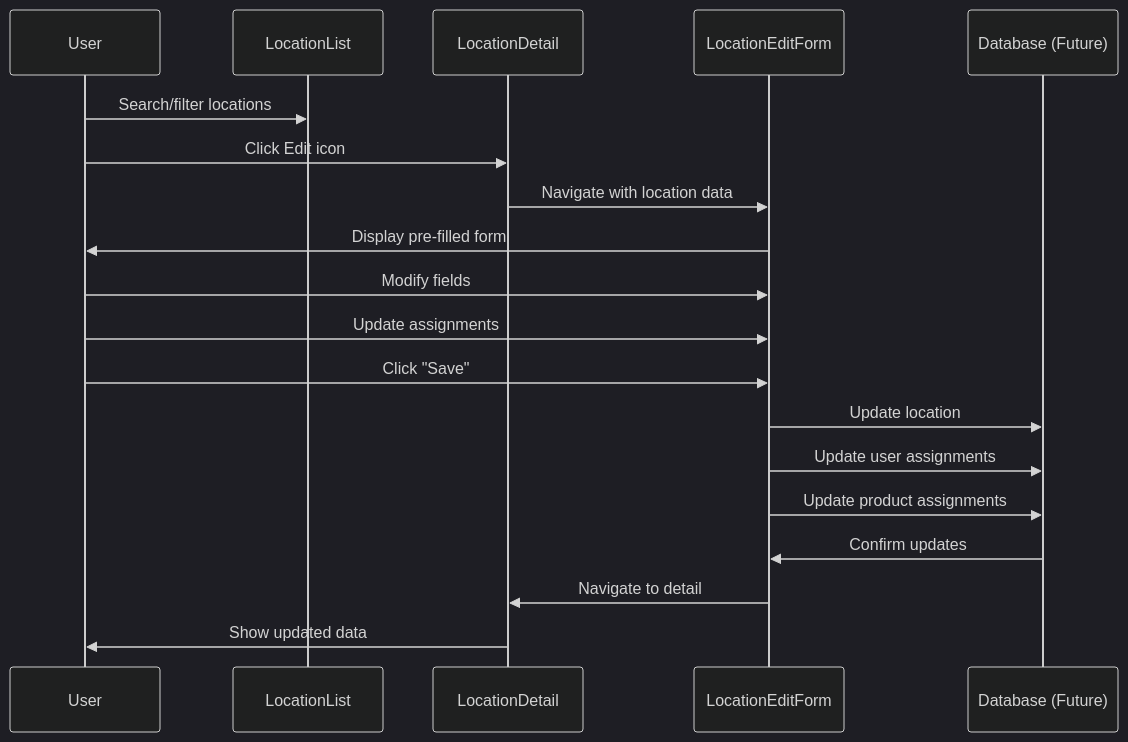
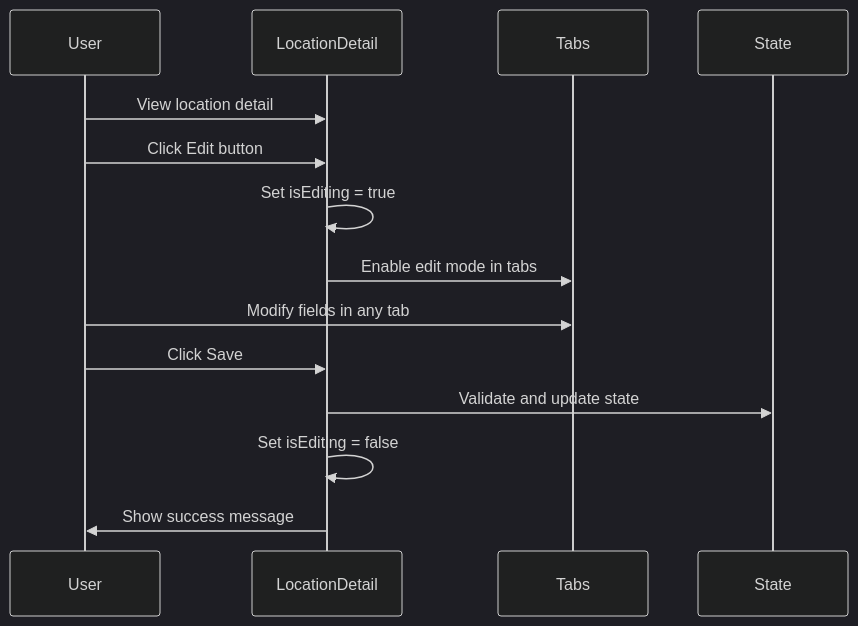
One commit to CarmenSoftware-organization/carmen changed the fifth of 6 diagrams in docs/app/system-administration/location-management/TS-location-management.md. Above: the diagram before and after it, drawn with Mermaid (dark theme). The commit also changed other lines of this file and 1788 other files, not shown here.

````diff
--- a/docs/app/system-administration/location-management/TS-location-management.md
+++ b/docs/app/system-administration/location-management/TS-location-management.md
@@ -423,22 +424,17 @@
 ```mermaid
 sequenceDiagram
     participant U as User
-    participant L as LocationList
-    participant D as LocationDetail
-    participant E as LocationEditForm
-    participant DB as Database (Future)
+    participant L as LocationDetail
+    participant T as Tabs
+    participant S as State
 
-    U->>L: Search/filter locations
-    U->>D: Click Edit icon
-    D->>E: Navigate with location data
-    E->>U: Display pre-filled form
-    U->>E: Modify fields
-    U->>E: Update assignments
-    U->>E: Click "Save"
-    E->>DB: Update location
-    E->>DB: Update user assignments
-    E->>DB: Update product assignments
-    DB->>E: Confirm updates
-    E->>D: Navigate to detail
-    D->>U: Show updated data
+    U->>L: View location detail
+    U->>L: Click Edit button
+    L->>L: Set isEditing = true
+    L->>T: Enable edit mode in tabs
+    U->>T: Modify fields in any tab
+    U->>L: Click Save
+    L->>S: Validate and update state
+    L->>L: Set isEditing = false
+    L->>U: Show success message
 ```
````
